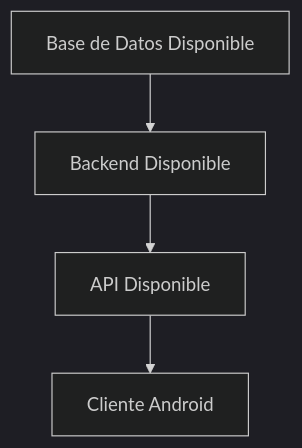
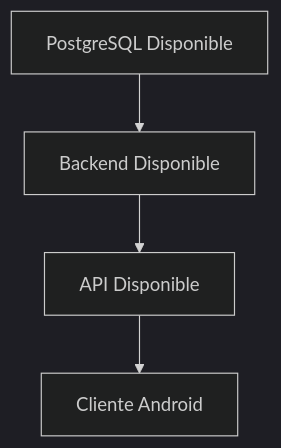
The fifth of 5 diagrams in docs/080_Despliegue.md (chirijose79-ui/Chiri), drawn with Mermaid (dark theme) before and after one commit. The commit also changed other lines of this file, not shown here.

````diff
--- a/docs/080_Despliegue.md
+++ b/docs/080_Despliegue.md
@@ -223,11 +289,12 @@
 ```mermaid
 flowchart TD
-    BaseDatos --> Backend
+
+    PostgreSQL --> Backend
     Backend --> API
     API --> Android
 
-    BaseDatos["Base de Datos Disponible"]
+    PostgreSQL["PostgreSQL Disponible"]
     Backend["Backend Disponible"]
     API["API Disponible"]
     Android["Cliente Android"]
 ```
````
